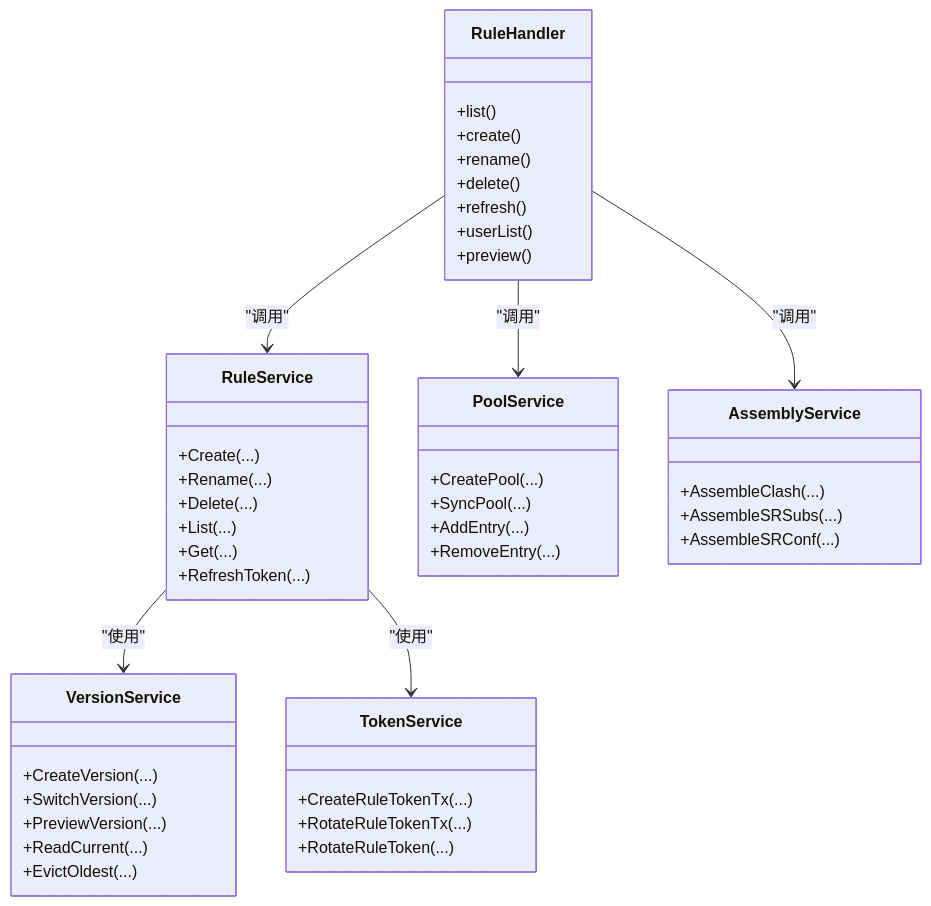
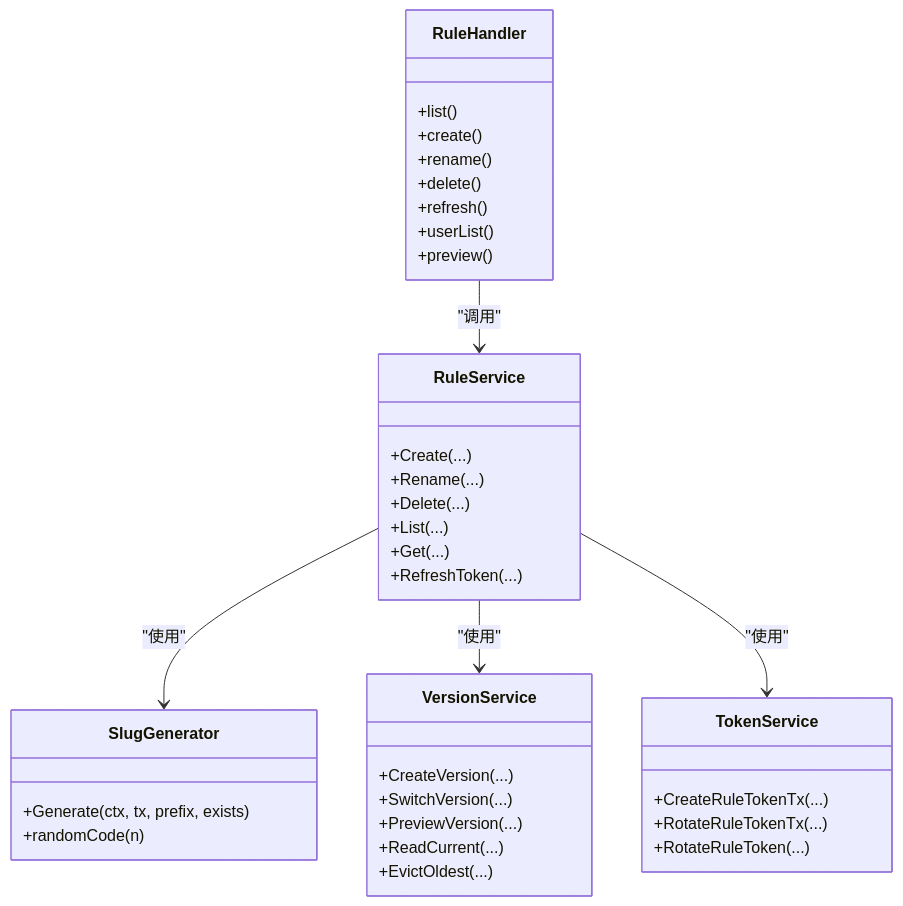
Before and after one commit to AlcaProphet/VPN-Subscription-Management: the third of 5 diagrams in .qoder/repowiki/zh/content/核心功能模块/规则引擎.md, drawn with Mermaid. The commit also changed other lines of this file and 5 other files, not shown here.

````diff
--- a/.qoder/repowiki/zh/content/核心功能模块/规则引擎.md
+++ b/.qoder/repowiki/zh/content/核心功能模块/规则引擎.md
@@ -299,48 +323,40 @@
 ```mermaid
 classDiagram
 class RuleService {
 +Create(...)
 +Rename(...)
 +Delete(...)
 +List(...)
 +Get(...)
 +RefreshToken(...)
 }
-class PoolService {
-+CreatePool(...)
-+SyncPool(...)
-+AddEntry(...)
-+RemoveEntry(...)
-}
-class AssemblyService {
-+AssembleClash(...)
-+AssembleSRSubs(...)
-+AssembleSRConf(...)
+class SlugGenerator {
++Generate(ctx, tx, prefix, exists)
++randomCode(n)
 }
 class VersionService {
 +CreateVersion(...)
 +SwitchVersion(...)
 +PreviewVersion(...)
 +ReadCurrent(...)
 +EvictOldest(...)
 }
 class TokenService {
 +CreateRuleTokenTx(...)
 +RotateRuleTokenTx(...)
 +RotateRuleToken(...)
 }
 class RuleHandler {
 +list()
 +create()
 +rename()
 +delete()
 +refresh()
 +userList()
 +preview()
 }
 RuleHandler --> RuleService : "调用"
+RuleService --> SlugGenerator : "使用"
 RuleService --> VersionService : "使用"
 RuleService --> TokenService : "使用"
-RuleHandler --> PoolService : "调用"
-RuleHandler --> AssemblyService : "调用"
 ```
````
